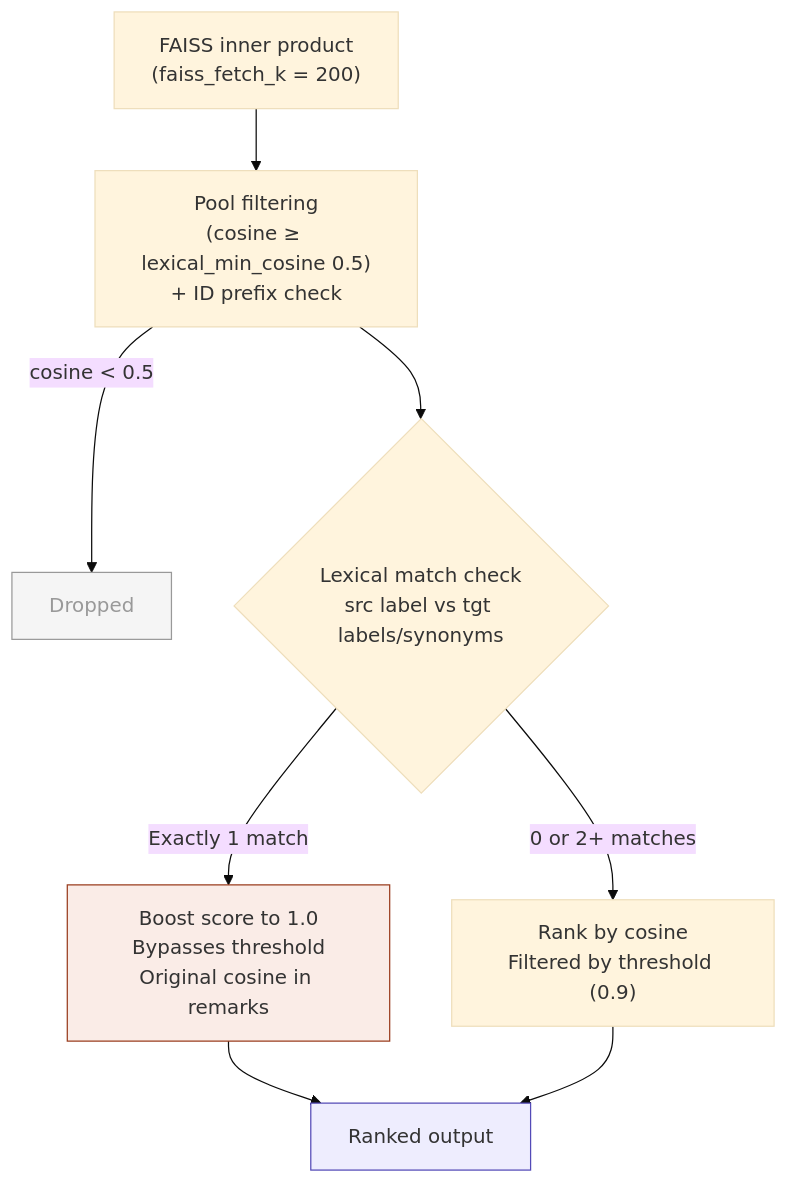
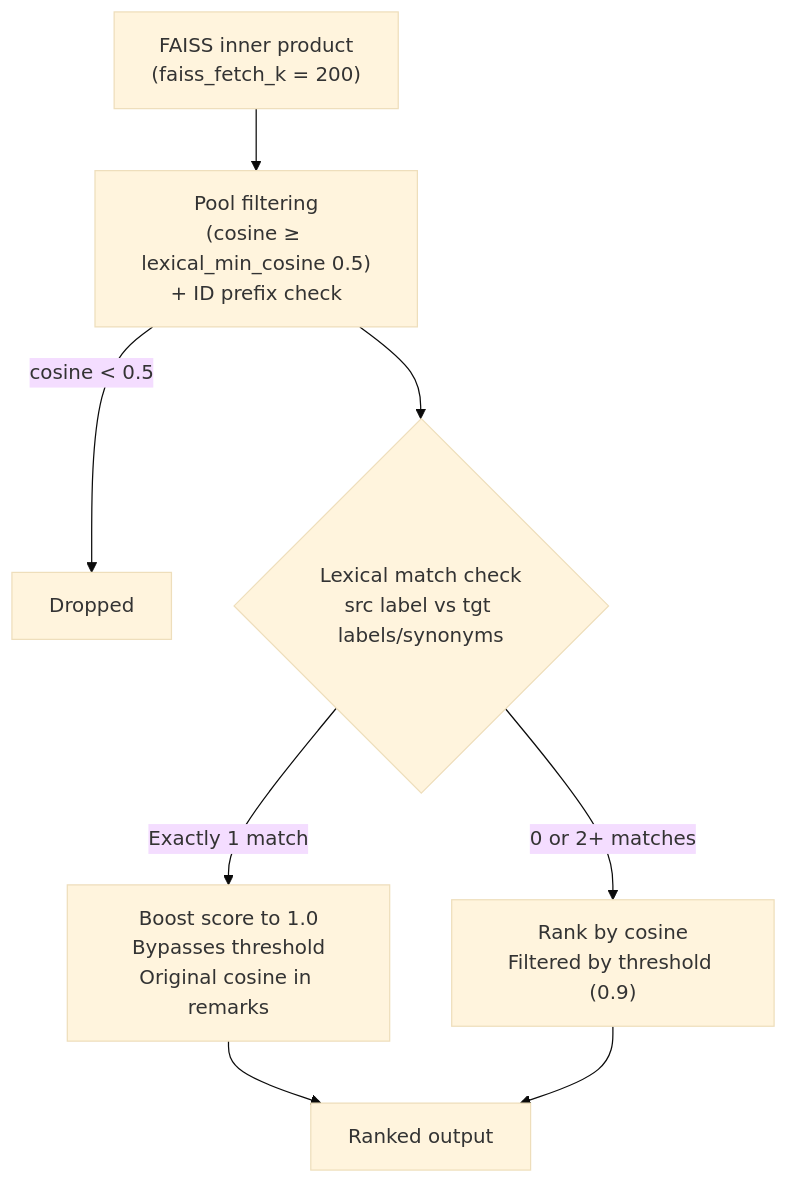
Before and after one commit to HarshitSoni1903/Weakly-Supervised-Representation-Learning-for-Cross-Ontology-Mapping: the second of 2 diagrams in README.md, drawn with Mermaid (base theme).

Commit message:
Remove style definitions from README
Removed style definitions for DROP, BOOST, and OUTPUT.

````diff
--- a/README.md
+++ b/README.md
@@ -206,14 +206,10 @@
 ```mermaid
 flowchart TD
     FETCH["FAISS inner product\n(faiss_fetch_k = 200)"] --> POOL["Pool filtering\n(cosine ≥ lexical_min_cosine 0.5)\n+ ID prefix check"]
     POOL -->|"cosine < 0.5"| DROP["Dropped"]
     POOL --> LEX{"Lexical match check\nsrc label vs tgt labels/synonyms"}
     LEX -->|"Exactly 1 match"| BOOST["Boost score to 1.0\nBypasses threshold\nOriginal cosine in remarks"]
     LEX -->|"0 or 2+ matches"| COSINE["Rank by cosine\nFiltered by threshold (0.9)"]
     BOOST --> OUTPUT["Ranked output"]
     COSINE --> OUTPUT
-    
-    style DROP fill:#f5f5f5,stroke:#999,color:#999
-    style BOOST fill:#FAECE7,stroke:#993C1D
-    style OUTPUT fill:#EEEDFE,stroke:#534AB7
 ```
````
